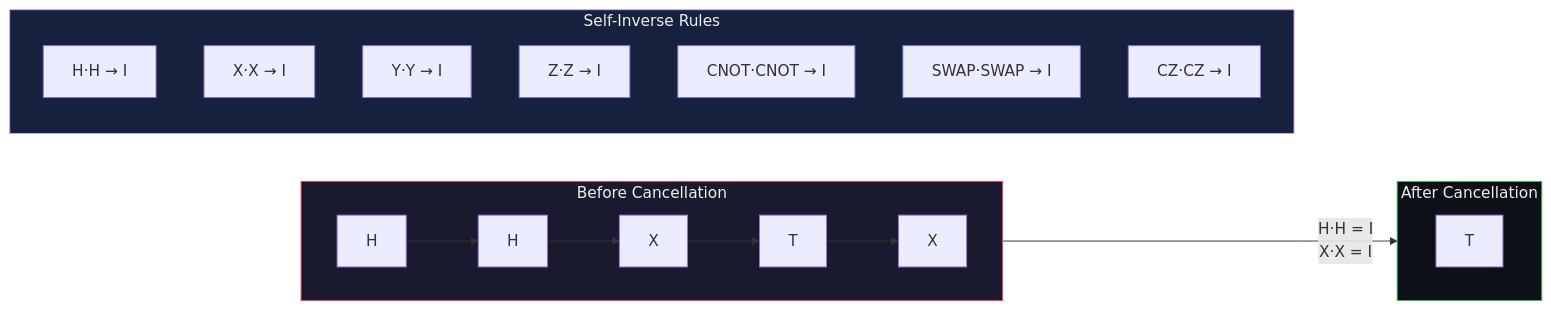
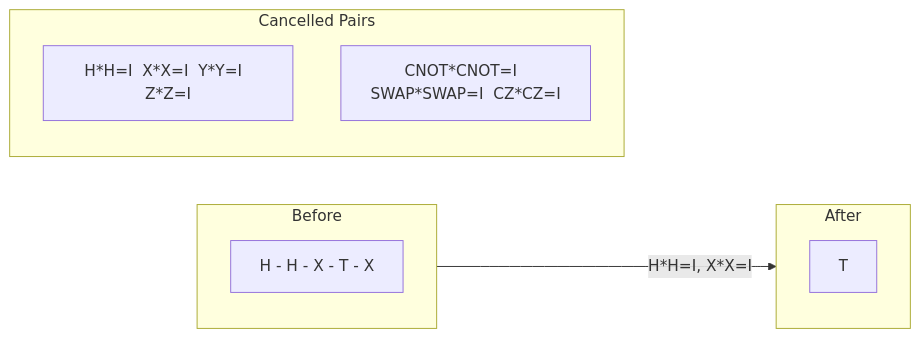
One commit to Quantum-Blade1/dqc1 changed the seventh of 9 diagrams in README.md. Above: the diagram before and after it, drawn with Mermaid. The commit also changed other lines of this file, not shown here.

Commit message:
fix Mermaid diagrams: remove backticks from node labels, compact layout

````diff
--- a/README.md
+++ b/README.md
@@ -236,29 +149,15 @@
 ```mermaid
 flowchart LR
-    subgraph Before["Before Cancellation"]
-        direction LR
-        B1["H"] --> B2["H"] --> B3["X"] --> B4["T"] --> B5["X"]
+    subgraph Before
+        B1["H - H - X - T - X"]
     end
-
-    subgraph After["After Cancellation"]
-        direction LR
+    subgraph After
         A1["T"]
     end
+    Before -->|"H*H=I, X*X=I"| After
 
-    Before -->|"H·H = I\nX·X = I"| After
-
-    subgraph Rules["Self-Inverse Rules"]
-        direction TB
-        R1["H·H → I"]
-        R2["X·X → I"]
-        R3["Y·Y → I"]
-        R4["Z·Z → I"]
-        R5["CNOT·CNOT → I"]
-        R6["SWAP·SWAP → I"]
-        R7["CZ·CZ → I"]
+    subgraph Rules["Cancelled Pairs"]
+        R1["H*H=I  X*X=I  Y*Y=I  Z*Z=I"]
+        R2["CNOT*CNOT=I  SWAP*SWAP=I  CZ*CZ=I"]
     end
-
-    style Before fill:#1a1a2e,stroke:#e94560,color:#eee
-    style After fill:#0d1117,stroke:#3fb950,color:#eee
-    style Rules fill:#16213e,stroke:#d2a8ff,color:#eee
 ```
````
